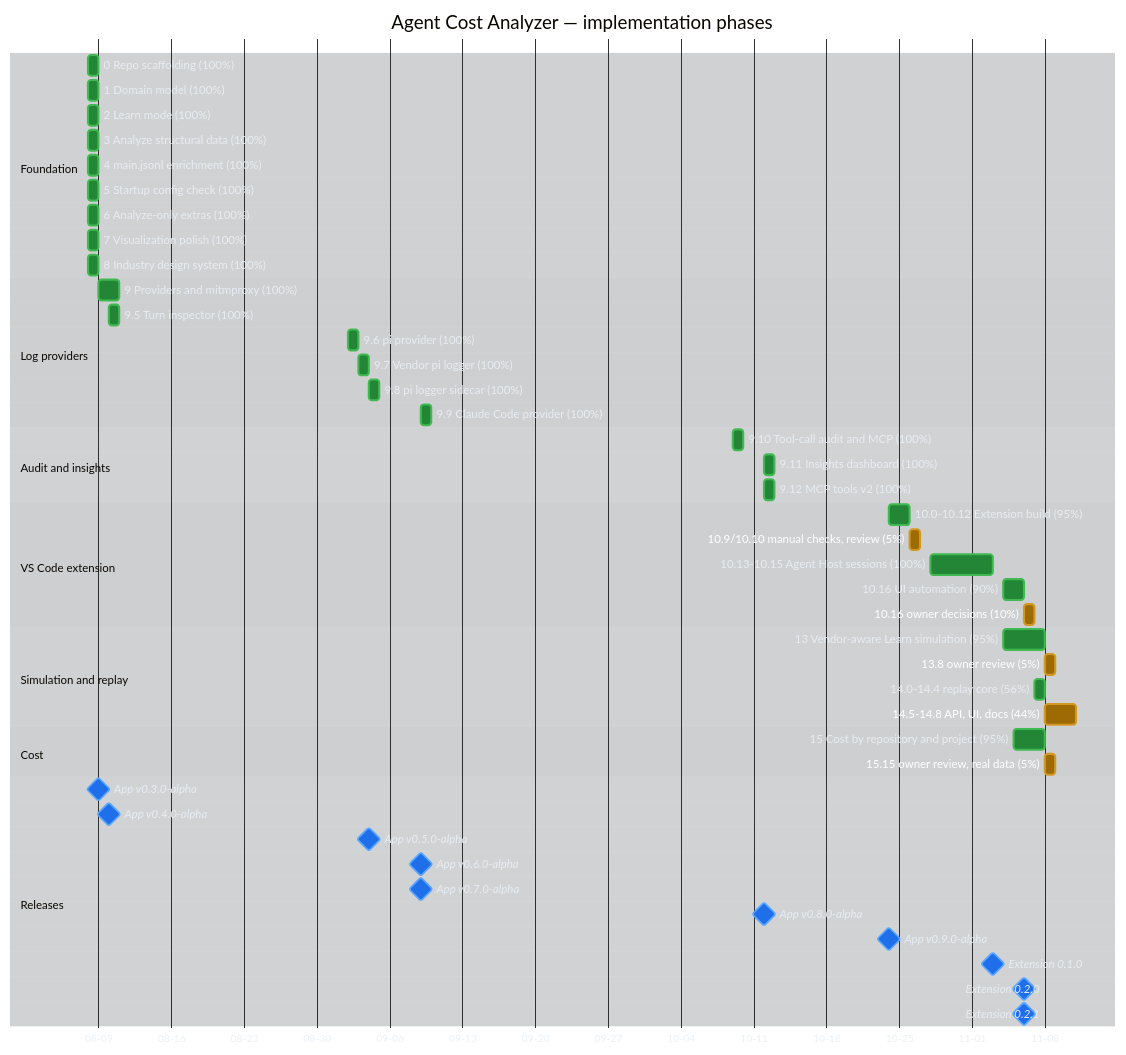
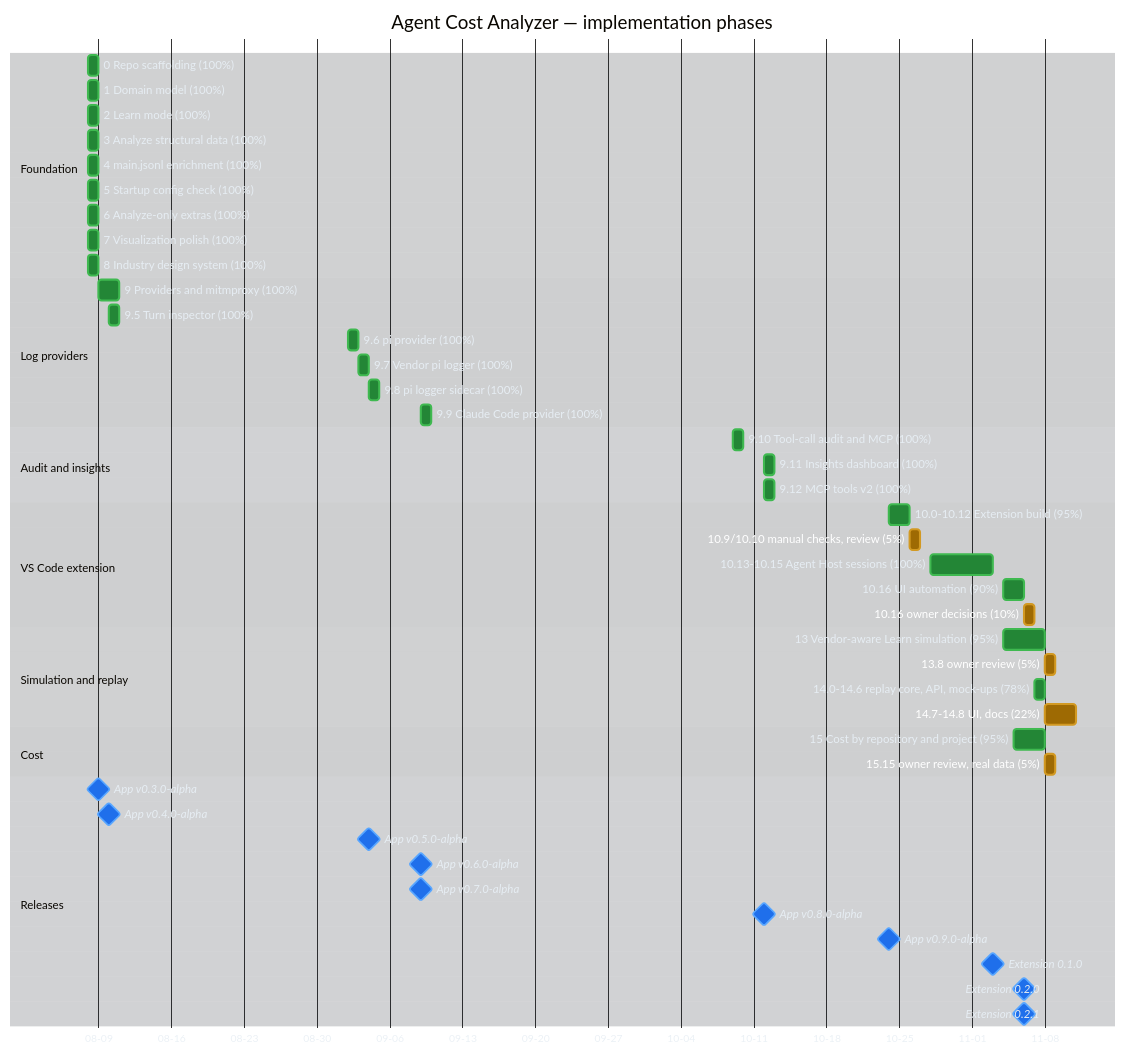
One commit to raulkivi/agent-cost-analyzer changed the first of 3 diagrams in docs/implementation-plan-gantt.md. Above: the diagram before and after it, drawn with Mermaid. The commit also changed other lines of this file and 1 other file, not shown here.

First line of the commit message:
Gantt: Phase 14 steps 14.5 and 14.6 done, 14.7 in progress

```diff
--- a/docs/implementation-plan-gantt.md
+++ b/docs/implementation-plan-gantt.md
@@ -69,8 +69,8 @@
     section Simulation and replay
     13 Vendor-aware Learn simulation (95%) :done, p13, 2026-11-04, 4d
     13.8 owner review (5%)                 :active, p13r, after p13, 1d
-    14.0-14.4 replay core (56%)            :done, p14, 2026-11-07, 1d
-    14.5-14.8 API, UI, docs (44%)          :active, p14r, after p14, 3d
+    14.0-14.6 replay core, API, mock-ups (78%) :done, p14, 2026-11-07, 1d
+    14.7-14.8 UI, docs (22%)               :active, p14r, after p14, 3d
 
     section Cost
     15 Cost by repository and project (95%) :done, p15, 2026-11-05, 3d
```
